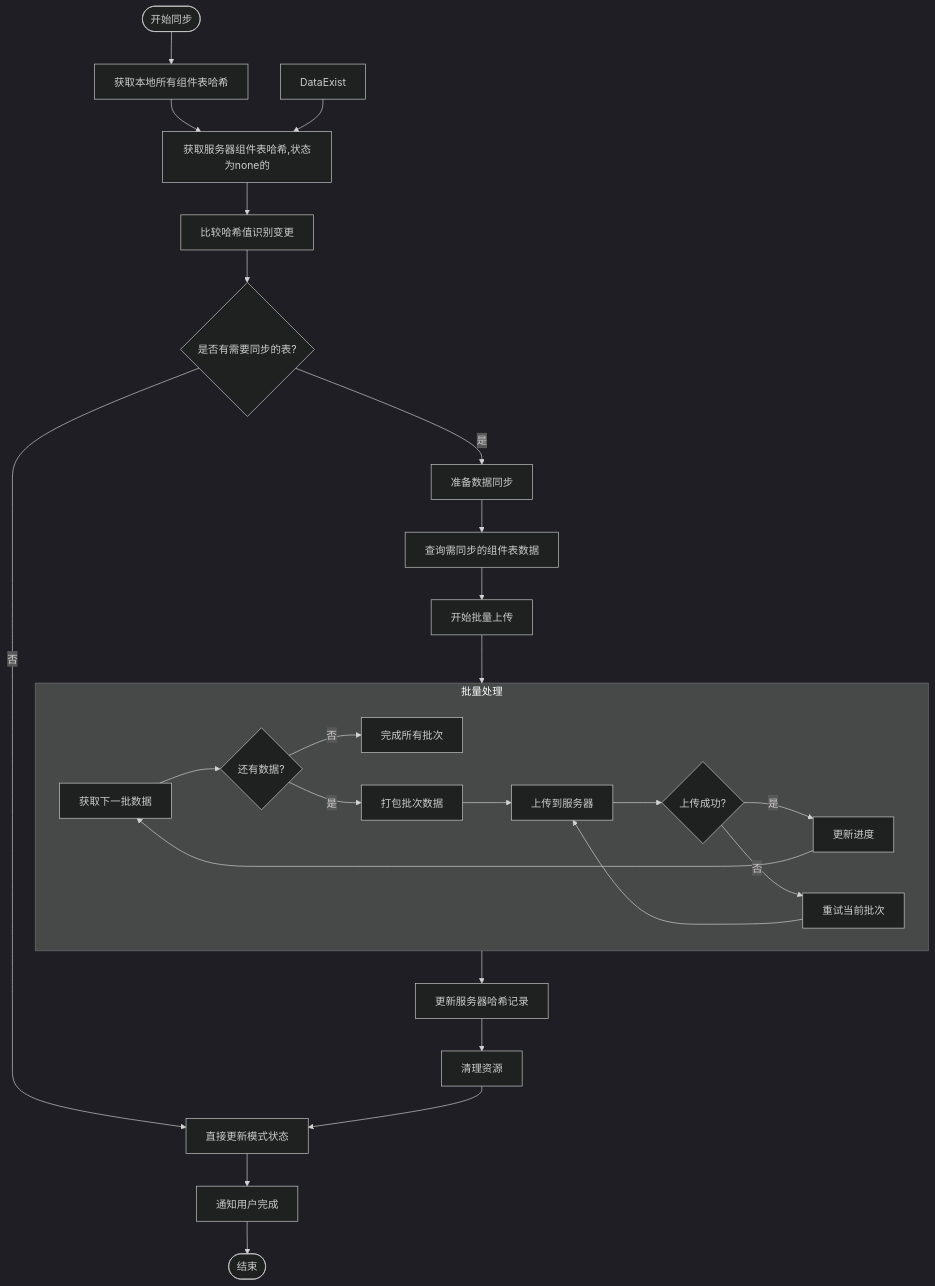
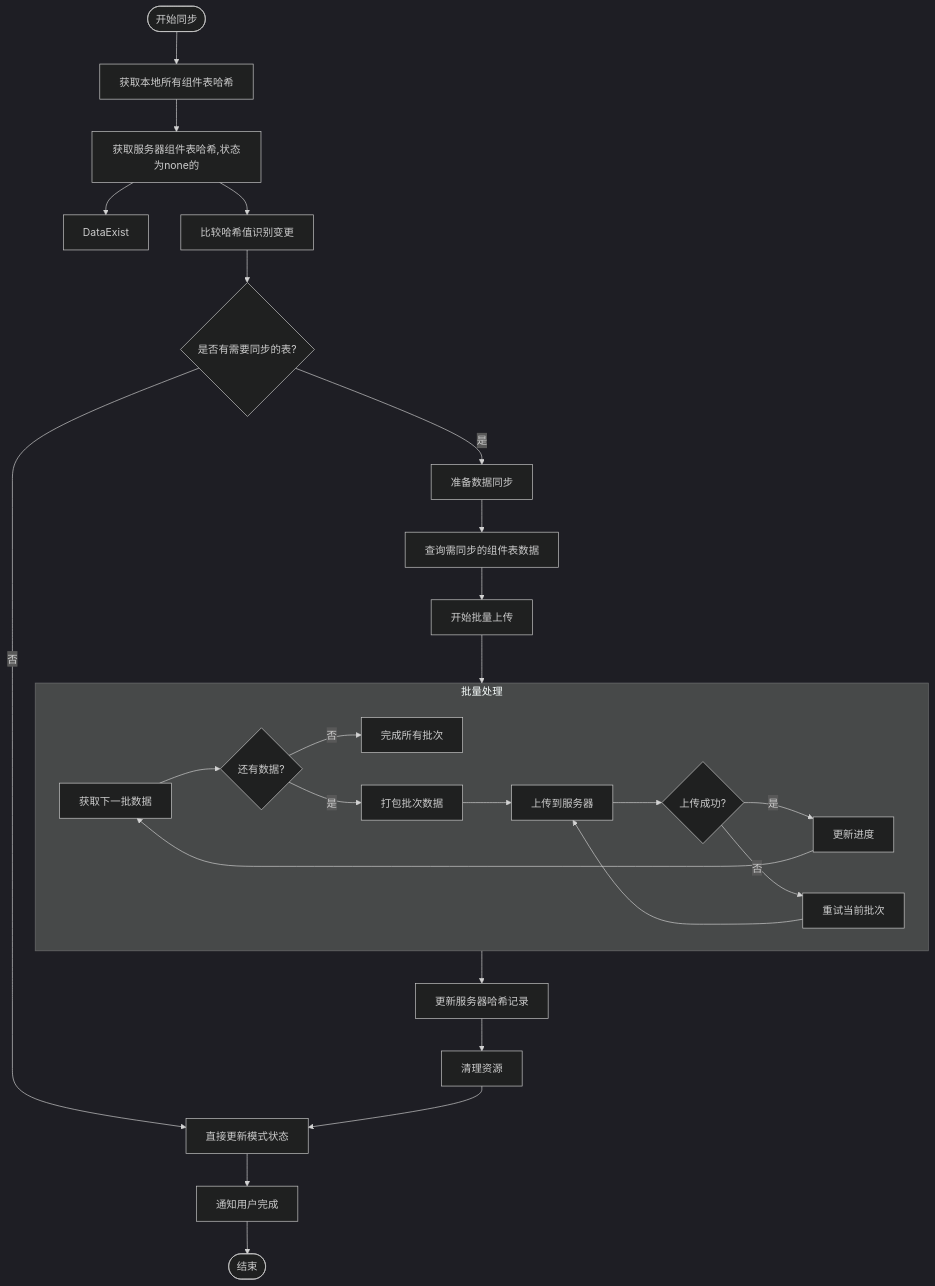
Before and after one commit to yingjianzh/iodraw-files: the diagram in all/未命名-51.md, drawn with Mermaid (dark theme).

Commit message:
2025-05-08 16:51:17 update

````diff
--- a/all/未命名-51.md
+++ b/all/未命名-51.md
@@ -1,34 +1,34 @@
 ```mermaid
 flowchart TD
     Start([开始同步]) --> FetchLocalHashes[获取本地所有组件表哈希]
     FetchLocalHashes --> FetchServerHashes[获取服务器组件表哈希,状态为none的]
-    DataExist -->
+    FetchServerHashes --> DataExist  
     FetchServerHashes --> CompareHashes[比较哈希值识别变更]
     
     CompareHashes --> NeedSync{是否有需要同步的表?}
     NeedSync -->|否| UpdateMode[直接更新模式状态]
     NeedSync -->|是| PrepareSync[准备数据同步]
     
     PrepareSync --> QueryChangedData[查询需同步的组件表数据]
     QueryChangedData --> BeginBatchUpload[开始批量上传]
     
     subgraph BatchProcess [批量处理]
         A[获取下一批数据] --> B{还有数据?}
         B -->|否| ExitLoop[完成所有批次]
         B -->|是| C[打包批次数据]
         C --> D[上传到服务器]
         D --> E{上传成功?}
         E -->|是| F[更新进度]
         E -->|否| G[重试当前批次]
         G --> D
         F --> A
     end
     
     BeginBatchUpload --> BatchProcess
     BatchProcess --> UpdateHashes[更新服务器哈希记录]
     UpdateHashes --> CleanupResources[清理资源]
     CleanupResources --> UpdateMode
     
     UpdateMode --> NotifyCompletion[通知用户完成]
     NotifyCompletion --> End([结束])
 ```
````
